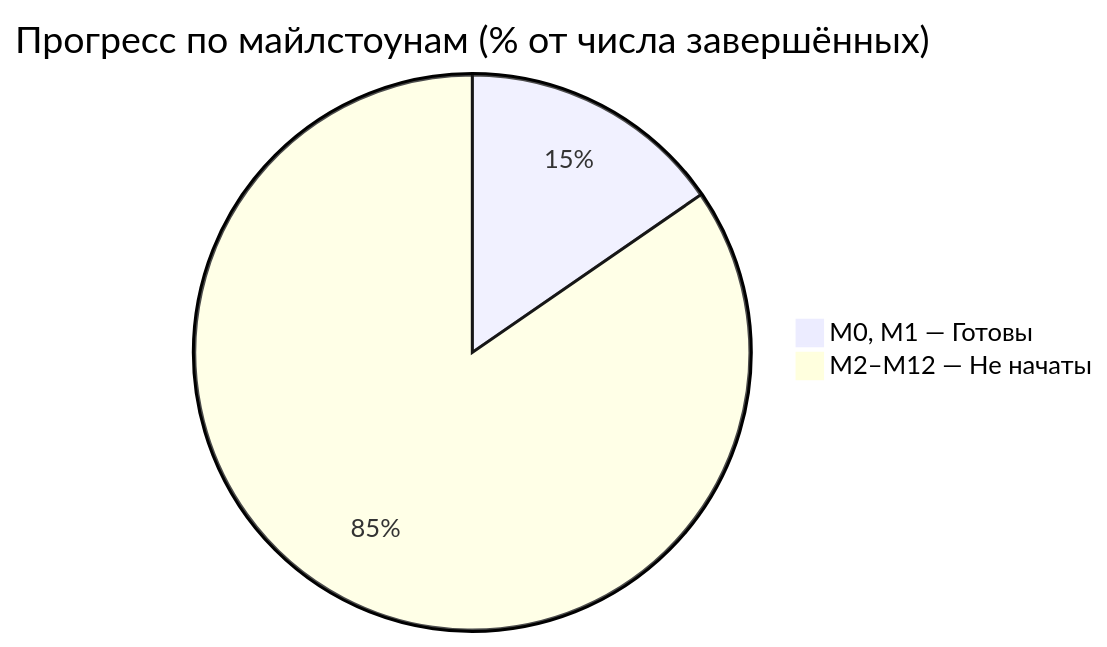
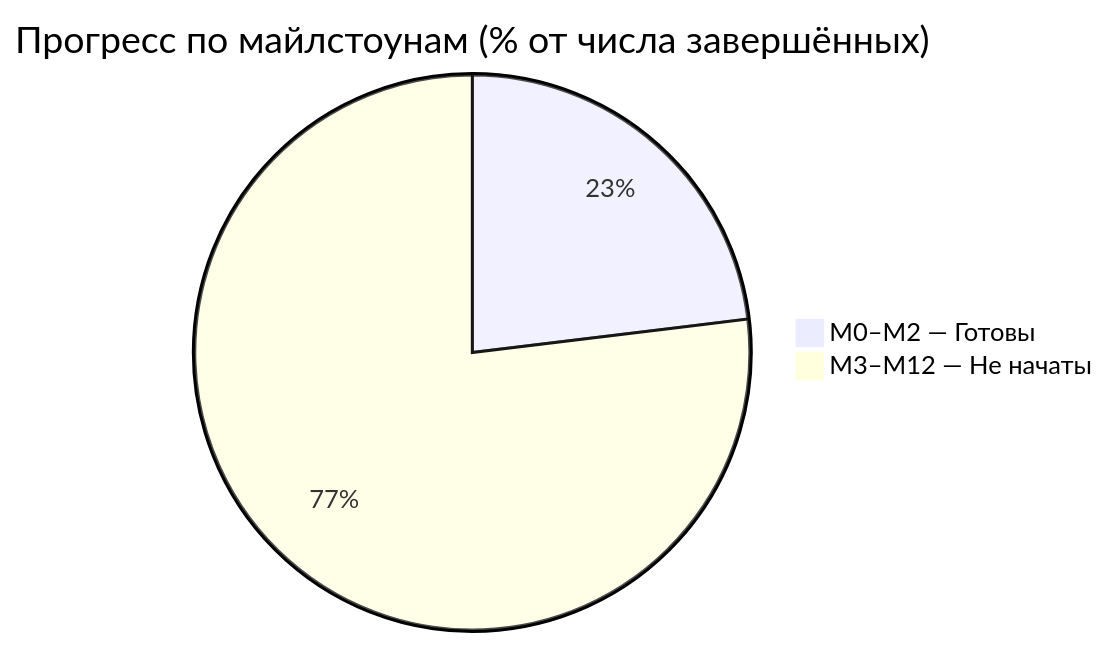
One commit to arcsymer/diplomaGame changed the diagram in Docs-Vault/00 - Dashboard.md. Above: the diagram before and after it, drawn with Mermaid. The commit also changed other lines of this file and 48 other files, not shown here.

````diff
--- a/Docs-Vault/00 - Dashboard.md
+++ b/Docs-Vault/00 - Dashboard.md
@@ -29,5 +29,5 @@
 ```mermaid
 pie title Прогресс по майлстоунам (% от числа завершённых)
-    "M0, M1 — Готовы" : 2
-    "M2–M12 — Не начаты" : 11
+    "M0–M2 — Готовы" : 3
+    "M3–M12 — Не начаты" : 10
 ```
````
